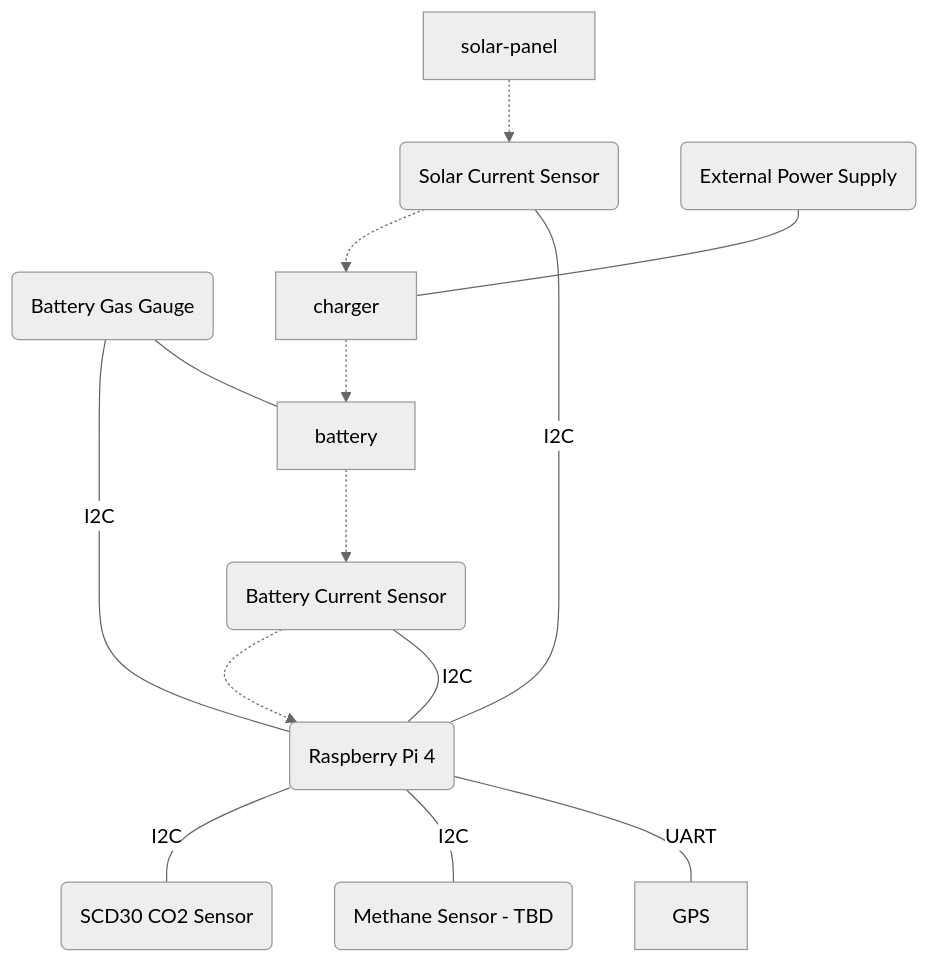
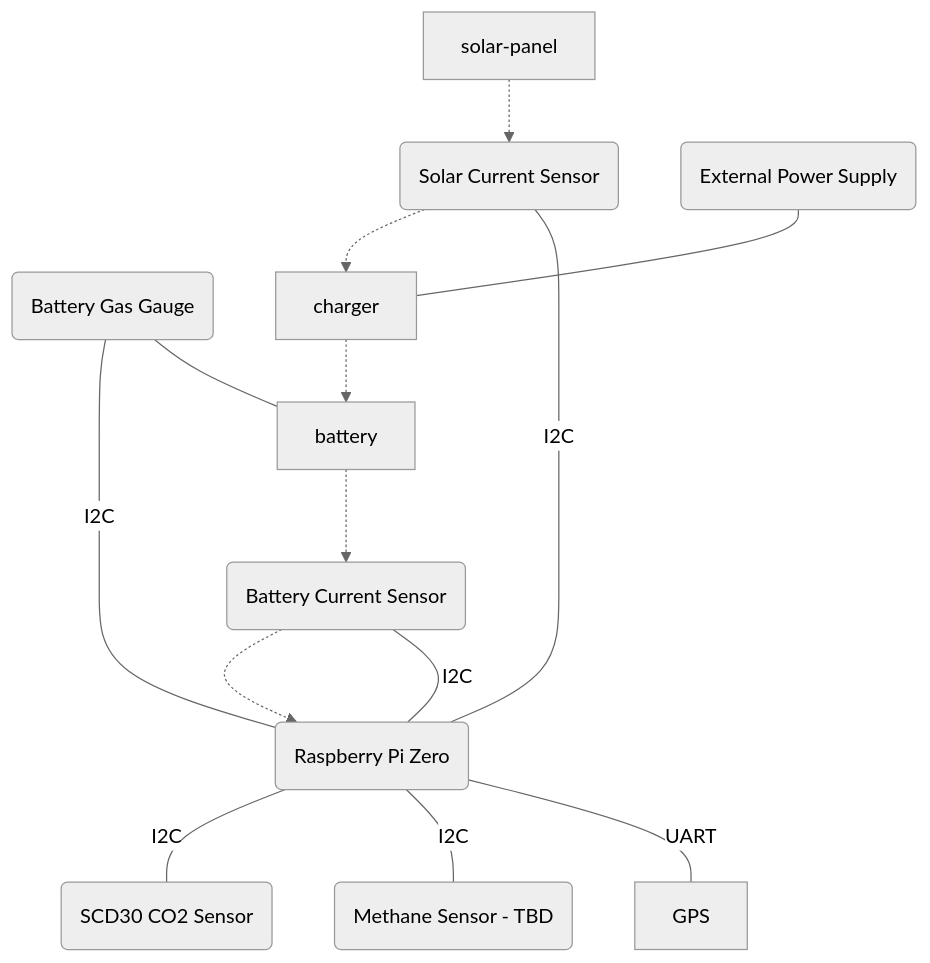
Before and after one commit to Ribbit-Network/ribbit-network-frog-hardware: the diagram in block_diagram.md, drawn with Mermaid (neutral theme). The commit also changed 3 other files, not shown here.

Commit message:
#5 Switched to Raspberry Pi Zero

````diff
--- a/block_diagram.md
+++ b/block_diagram.md
@@ -1,23 +1,23 @@
 ```mermaid
 graph TD;
-    pi(Raspberry Pi 4)
+    pi(Raspberry Pi Zero)
     co2(SCD30 CO2 Sensor)
     methane(Methane Sensor - TBD)
     gg(Battery Gas Gauge)
     scurrent(Solar Current Sensor)
     bcurrent(Battery Current Sensor)
     externalpower(External Power Supply)
     pi -- I2C --- co2;
     pi -- I2C --- methane;
     pi -- UART --- GPS;
     battery .-> bcurrent;
     bcurrent .-> pi
     gg -- I2C --- pi;
     gg --- battery;
     solar-panel .-> scurrent;
     scurrent .-> charger;
     scurrent -- I2C --- pi;
     bcurrent -- I2C --- pi;
     charger .-> battery;
     externalpower --- charger;
 ```
````
